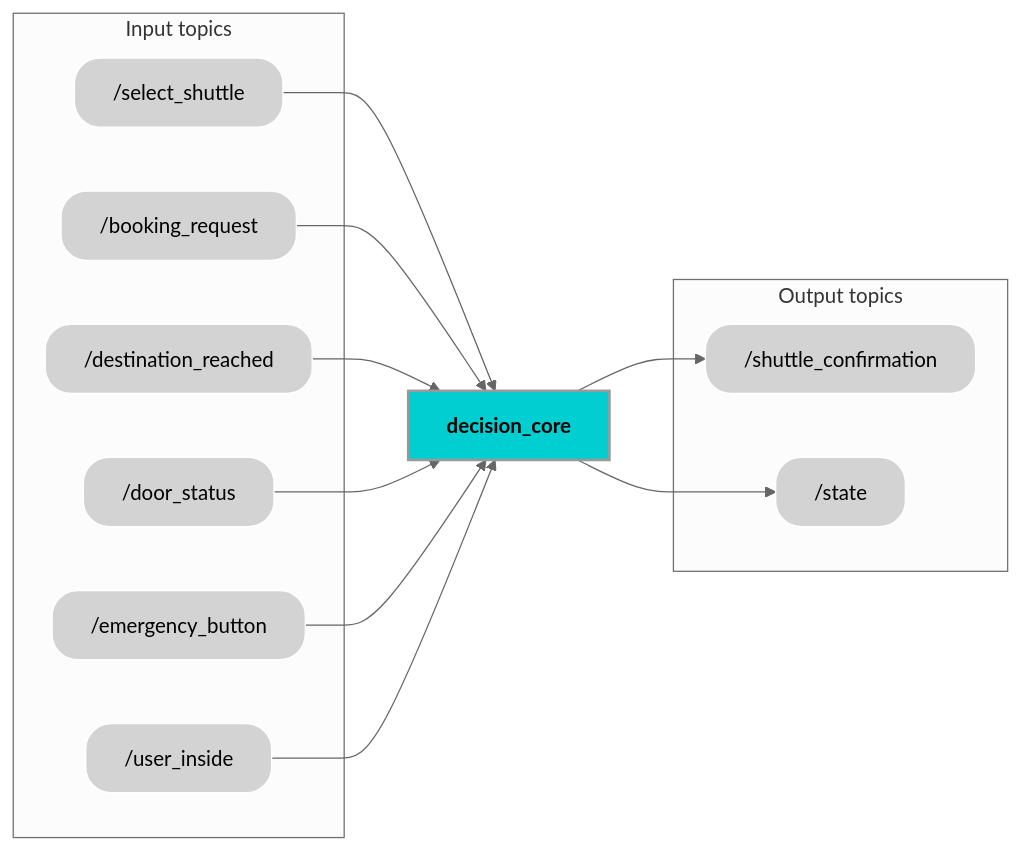
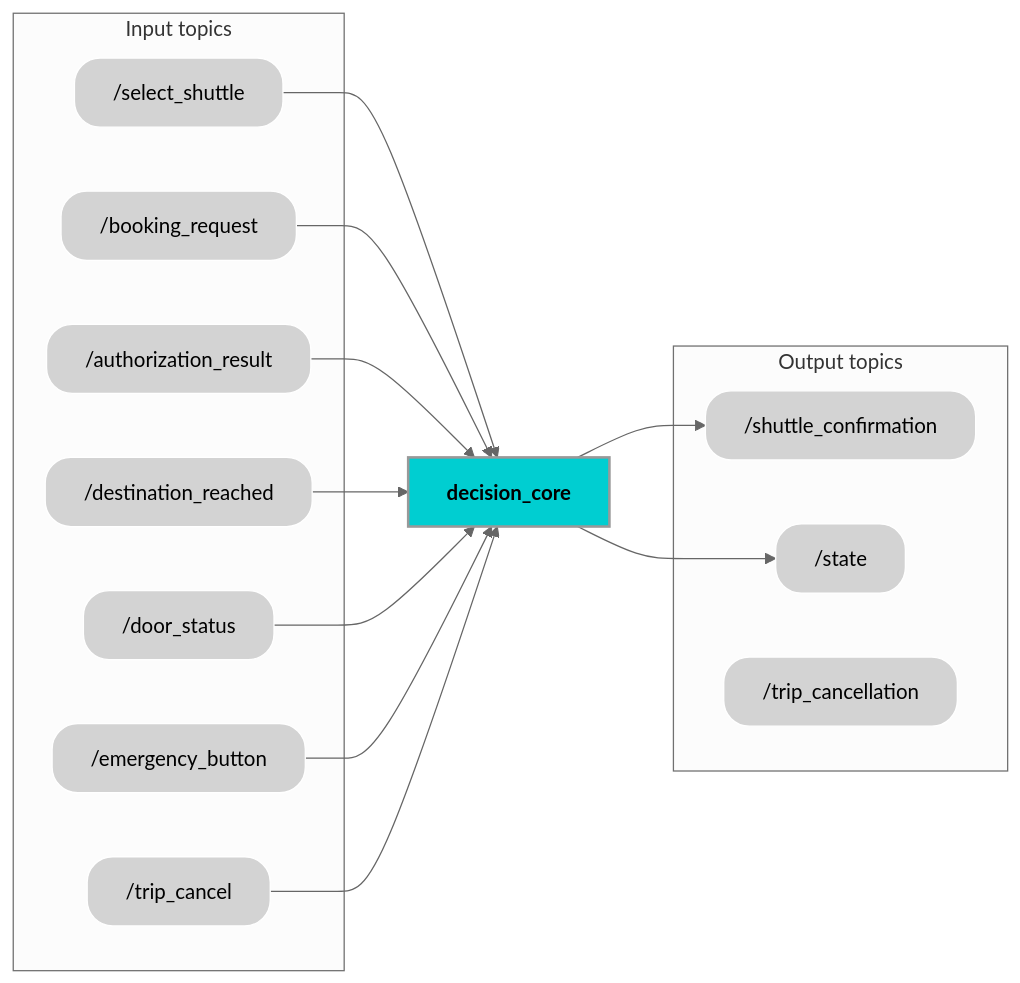
The diagram in README.md (PaxAuto/decision_core), drawn with Mermaid (neutral theme) before and after one commit. The commit also changed other lines of this file and 1 other file, not shown here.

````diff
--- a/README.md
+++ b/README.md
@@ -24,51 +24,55 @@
 ```mermaid
 graph LR
     subgraph Input topics
         EVSEAL["/select_shuttle"]:::grayEllipse
         MS["/booking_request"]:::grayEllipse
+        SA["/authorization_result"]:::grayEllipse
         GF["/destination_reached"]:::grayEllipse
         AA["/door_status"]:::grayEllipse
         AB["/emergency_button"]:::grayEllipse
-        AC["/user_inside"]:::grayEllipse
+        AC["/trip_cancel"]:::grayEllipse
 
     end
 
     EM["decision_core"]:::cyanEllipse
 
     EVSEAL --> EM
     MS --> EM
+    SA --> EM
     GF --> EM
     AA --> EM
     AB --> EM
     AC --> EM
     EM --> DC
     EM --> BF
 
     subgraph Output topics
         DC["/shuttle_confirmation"]:::grayEllipse
+        BE["/trip_cancellation"]:::grayEllipse
         BF["/state"]:::grayEllipse
     end
 
     %% Ellipse shape class
     classDef soft_rectangle stroke:#FFFFFF,rx:20,ry:20;
     classDef component font-weight:bold,stroke-width:2px;
 
     %% Cyan for path planner
     classDef cyanEllipse fill:#00CED1, color:#000000;
 
     %% Gray for others
     classDef grayEllipse fill:#D3D3D3, color:#000000;
 
     %% Apply ellipse shape to each node
     class EVSEAL soft_rectangle;
     class MS soft_rectangle;
     class SA soft_rectangle;
     class GF soft_rectangle;
     class AA soft_rectangle;
     class AB soft_rectangle;
     class AC soft_rectangle;
 
     class DC soft_rectangle;
     class BF soft_rectangle;
+    class BE soft_rectangle;
     class EM component;
 ```
````
